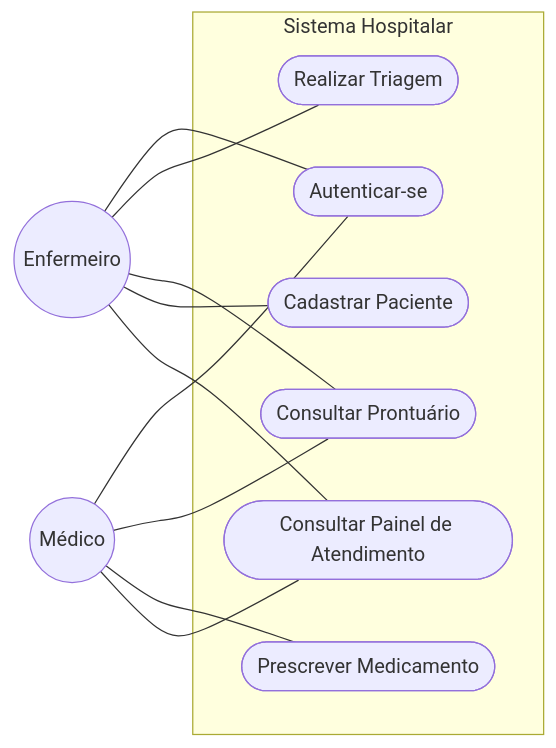
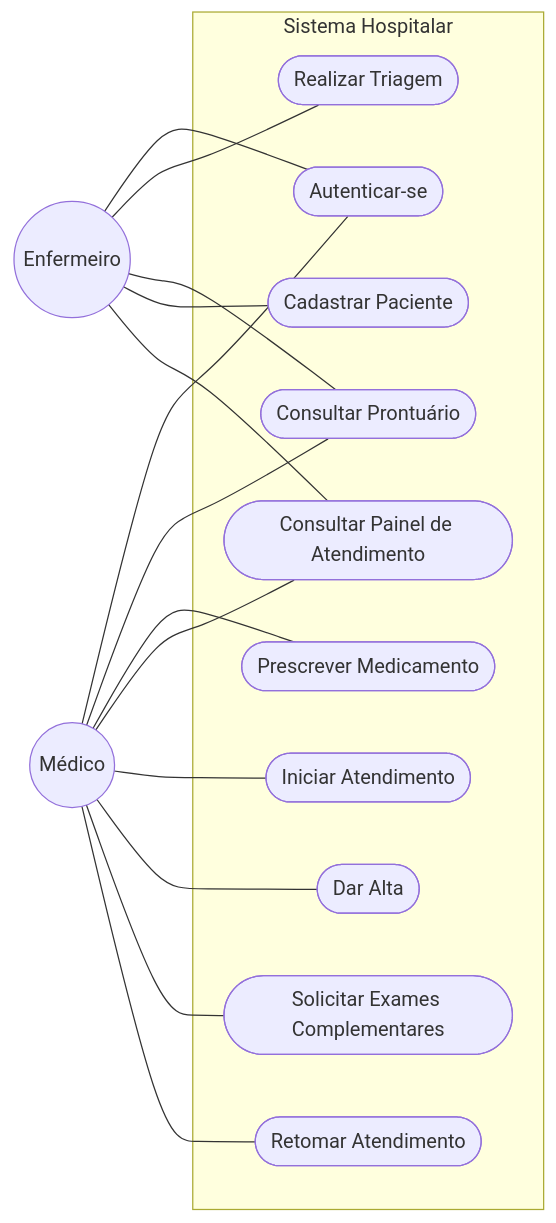
The first of 2 diagrams in docs/03-casos-uso.md (Nesomar/projeto-hospitalar), drawn with Mermaid before and after one commit. The commit also changed other lines of this file and 14 other files, not shown here.

````diff
--- a/docs/03-casos-uso.md
+++ b/docs/03-casos-uso.md
@@ -4,25 +4,33 @@
 ```mermaid
 flowchart LR
     %% Definição dos Atores
     E((Enfermeiro))
     M((Médico))
 
     subgraph "Sistema Hospitalar"
         UC5([Autenticar-se])
         UC1([Realizar Triagem])
         UC2([Consultar Prontuário])
         UC3([Prescrever Medicamento])
         UC4([Cadastrar Paciente])
         UC6([Consultar Painel de Atendimento])
+        UC7([Iniciar Atendimento])
+        UC8([Dar Alta])
+        UC9([Solicitar Exames Complementares])
+        UC10([Retomar Atendimento])
     end
 
     E --- UC5
     M --- UC5
     E --- UC1
     E --- UC2
     M --- UC2
     M --- UC3
     E --- UC4
     E --- UC6
     M --- UC6
+    M --- UC7
+    M --- UC8
+    M --- UC9
+    M --- UC10
 ```
````
